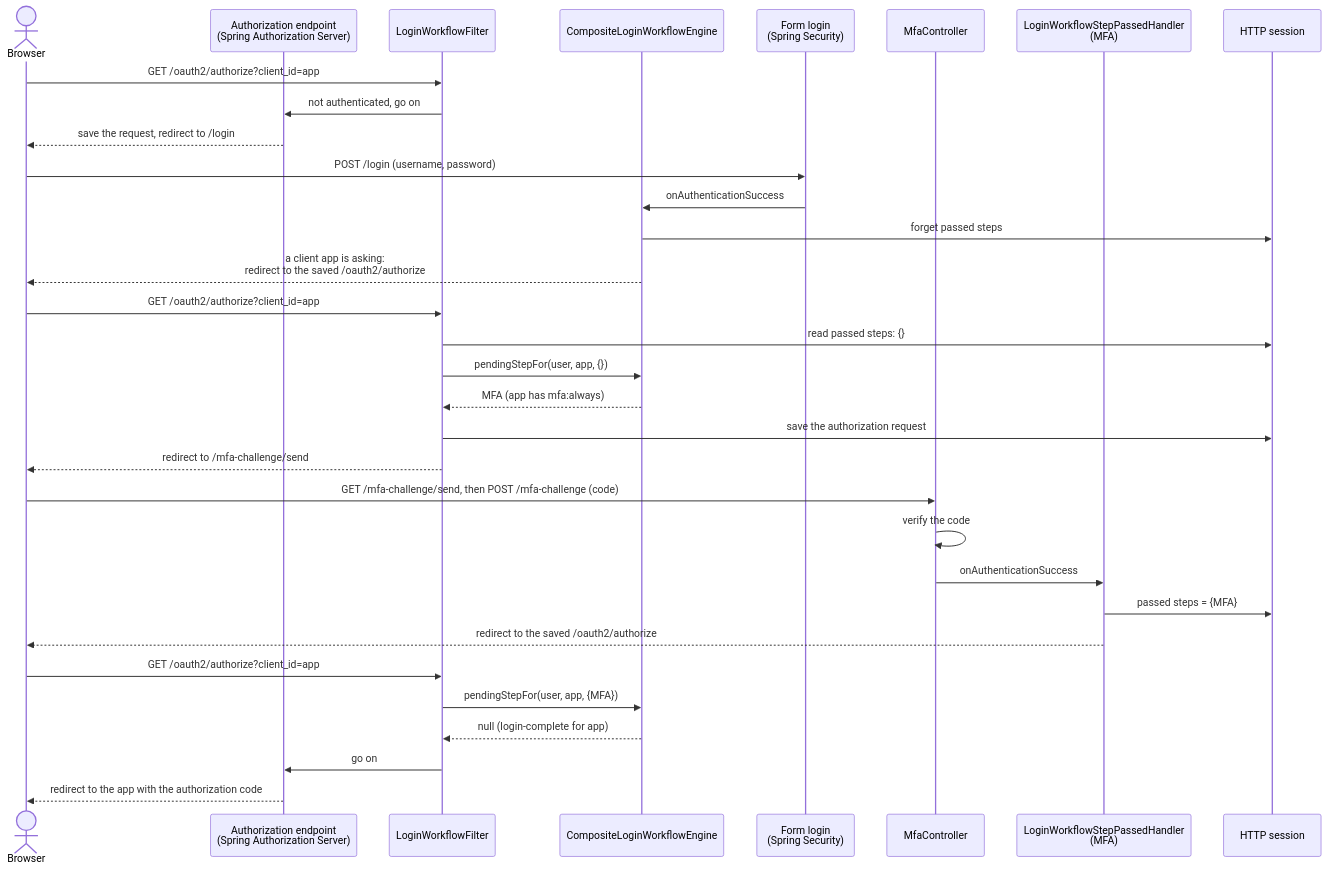
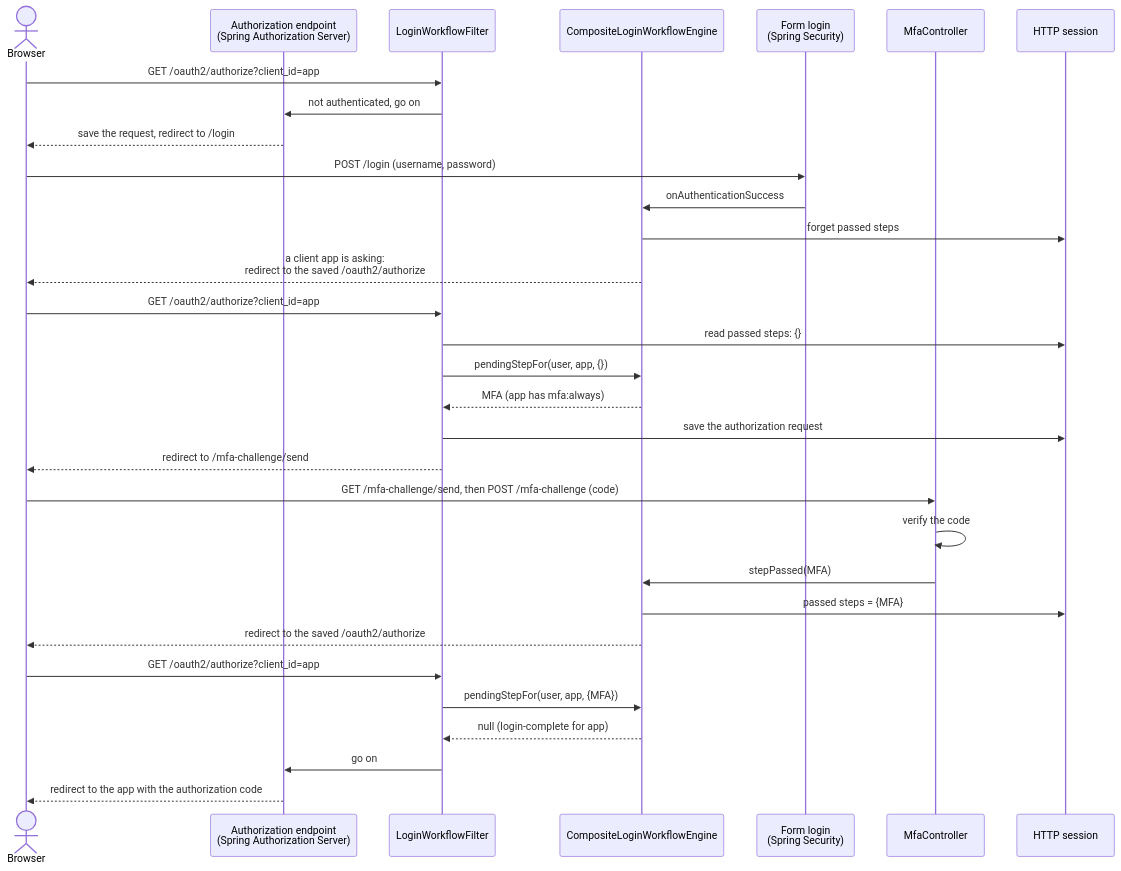
The second of 6 diagrams in auth-server/docs/login-workflow.md (mrFlick72/vauthenticator), drawn with Mermaid before and after one commit. The commit also changed other lines of this file and 13 other files, not shown here.

````diff
--- a/auth-server/docs/login-workflow.md
+++ b/auth-server/docs/login-workflow.md
@@ -117,35 +106,34 @@
 ```mermaid
 sequenceDiagram
     actor Browser
     participant SAS as Authorization endpoint<br/>(Spring Authorization Server)
     participant Filter as LoginWorkflowFilter
     participant Engine as CompositeLoginWorkflowEngine
     participant Login as Form login<br/>(Spring Security)
     participant Mfa as MfaController
-    participant Passed as LoginWorkflowStepPassedHandler<br/>(MFA)
     participant Session as HTTP session
 
     Browser->>Filter: GET /oauth2/authorize?client_id=app
     Filter->>SAS: not authenticated, go on
     SAS-->>Browser: save the request, redirect to /login
     Browser->>Login: POST /login (username, password)
     Login->>Engine: onAuthenticationSuccess
     Engine->>Session: forget passed steps
     Engine-->>Browser: a client app is asking:<br/>redirect to the saved /oauth2/authorize
     Browser->>Filter: GET /oauth2/authorize?client_id=app
     Filter->>Session: read passed steps: {}
     Filter->>Engine: pendingStepFor(user, app, {})
     Engine-->>Filter: MFA (app has mfa:always)
     Filter->>Session: save the authorization request
     Filter-->>Browser: redirect to /mfa-challenge/send
     Browser->>Mfa: GET /mfa-challenge/send, then POST /mfa-challenge (code)
     Mfa->>Mfa: verify the code
-    Mfa->>Passed: onAuthenticationSuccess
-    Passed->>Session: passed steps = {MFA}
-    Passed-->>Browser: redirect to the saved /oauth2/authorize
+    Mfa->>Engine: stepPassed(MFA)
+    Engine->>Session: passed steps = {MFA}
+    Engine-->>Browser: redirect to the saved /oauth2/authorize
     Browser->>Filter: GET /oauth2/authorize?client_id=app
     Filter->>Engine: pendingStepFor(user, app, {MFA})
     Engine-->>Filter: null (login-complete for app)
     Filter->>SAS: go on
     SAS-->>Browser: redirect to the app with the authorization code
 ```
````
